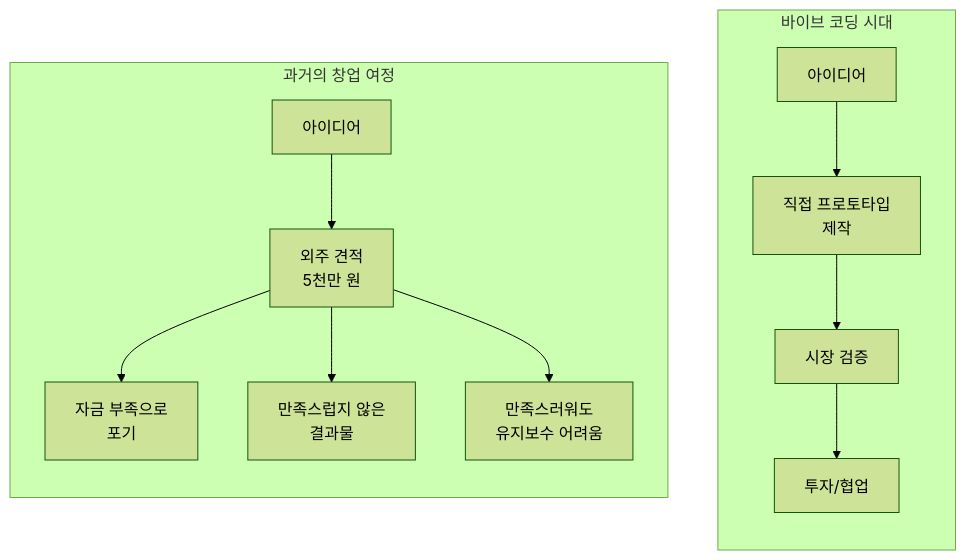
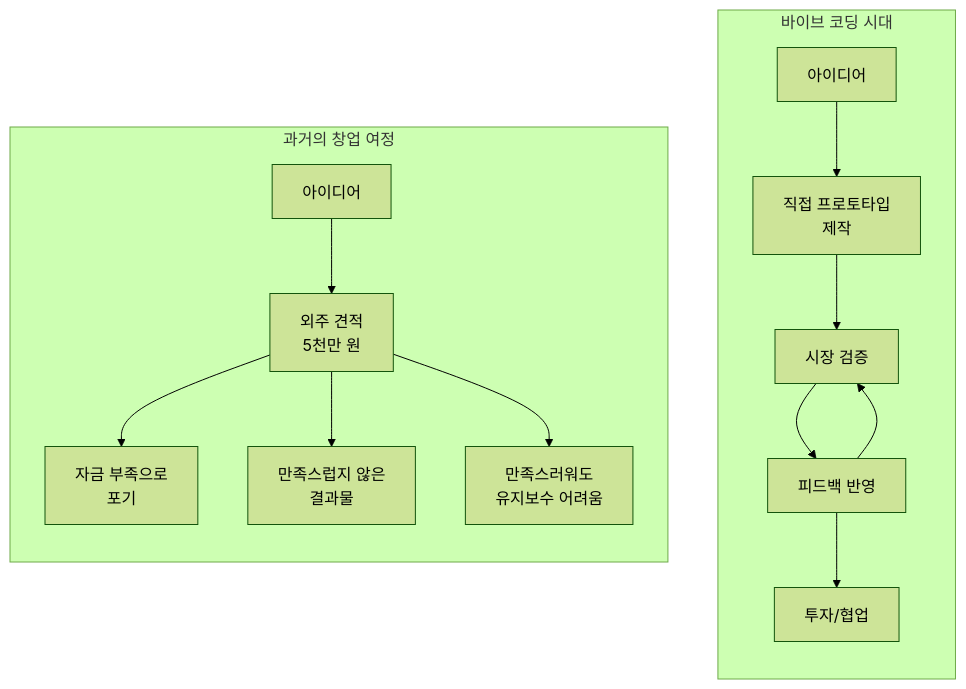
The second of 8 diagrams in _md/essentials-vibecoding/chapter01/01-1.md (nugurejeil/weniVooks), drawn with Mermaid (forest theme) before and after one commit. The commit also changed other lines of this file, not shown here.

````diff
--- a/_md/essentials-vibecoding/chapter01/01-1.md
+++ b/_md/essentials-vibecoding/chapter01/01-1.md
@@ -38,16 +32,18 @@
 ```mermaid
 flowchart LR
     subgraph 과거["과거의 창업 여정"]
         A1["아이디어"] --> A2["외주 견적<br/>5천만 원"]
         A2 --> A3["자금 부족으로<br/>포기"]
         A2 --> A4["만족스럽지 않은<br/>결과물"]
         A2 --> A5["만족스러워도<br/>유지보수 어려움"]
     end
 
     subgraph 현재["바이브 코딩 시대"]
         B1["아이디어"] --> B2["직접 프로토타입<br/>제작"]
-        B2 --> B3["시장 검증"] --> B4["투자/협업"]
+        B2 --> B3["시장 검증"] --> B4["피드백 반영"]
+        B4 --> B3
+        B4 --> B5["투자/협업"]
     end
     
     과거 ~~~ 현재
 ```
````
